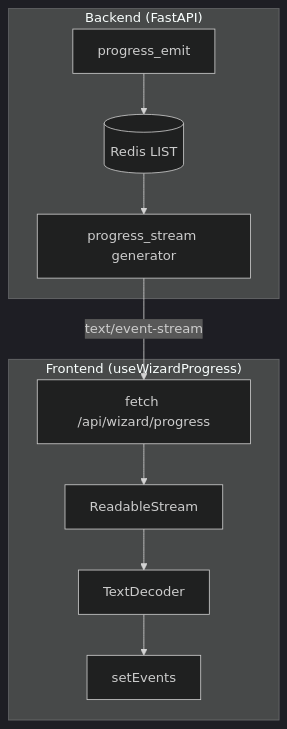
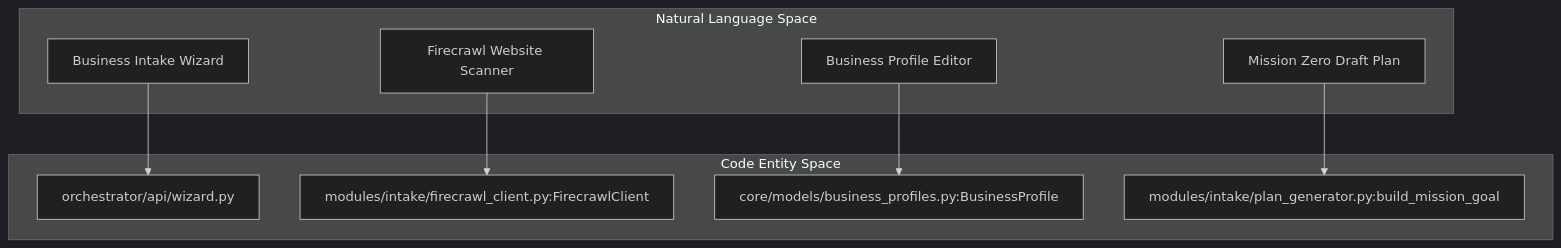
The second of 2 diagrams in docs/getting-started/business-intake-wizard.md (AutomatosAI/automatos-ai), drawn with Mermaid (dark theme) before and after one commit. The commit also changed other lines of this file and 191 other files, not shown here.

````diff
--- a/docs/getting-started/business-intake-wizard.md
+++ b/docs/getting-started/business-intake-wizard.md
@@ -116,15 +86,21 @@
 ```mermaid
 graph TD
-    subgraph "Backend (FastAPI)"
-        P["progress_emit"] --> R[("Redis LIST")]
-        R --> S["progress_stream generator"]
-    end
-    
-    subgraph "Frontend (useWizardProgress)"
-        F["fetch /api/wizard/progress"] --> RS["ReadableStream"]
-        RS --> D["TextDecoder"]
-        D --> E["setEvents"]
+    subgraph "Natural Language Space"
+        NL_Wizard["Business Intake Wizard"]
+        NL_Crawler["Firecrawl Website Scanner"]
+        NL_Profile["Business Profile Editor"]
+        NL_Plan["Mission Zero Draft Plan"]
     end
 
-    S -- "text/event-stream" --> F
+    subgraph "Code Entity Space"
+        CE_API["orchestrator/api/wizard.py"]
+        CE_Client["modules/intake/firecrawl_client.py:FirecrawlClient"]
+        CE_Model["core/models/business_profiles.py:BusinessProfile"]
+        CE_Gen["modules/intake/plan_generator.py:build_mission_goal"]
+    end
+
+    NL_Wizard --> CE_API
+    NL_Crawler --> CE_Client
+    NL_Profile --> CE_Model
+    NL_Plan --> CE_Gen
 ```
````
